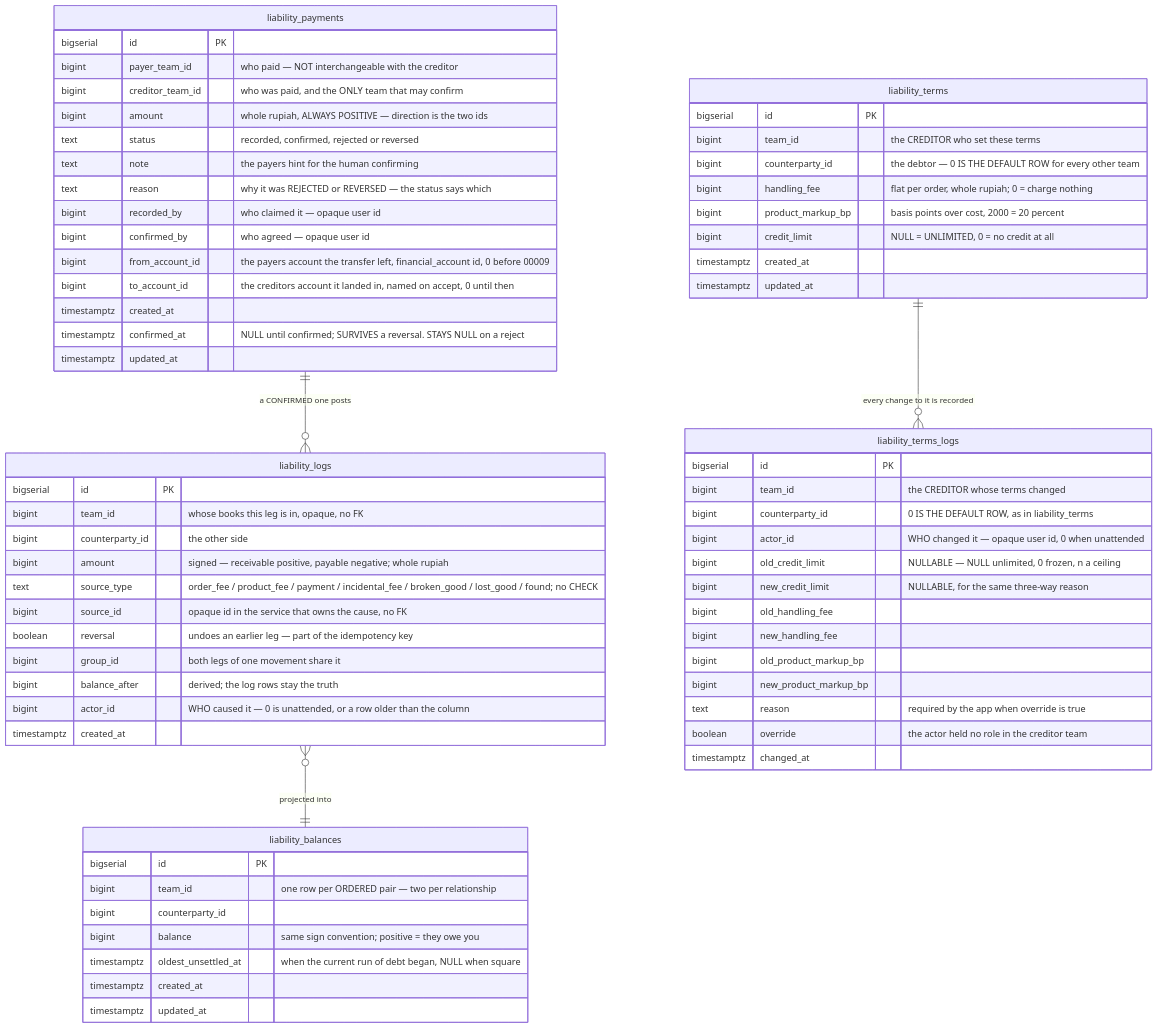
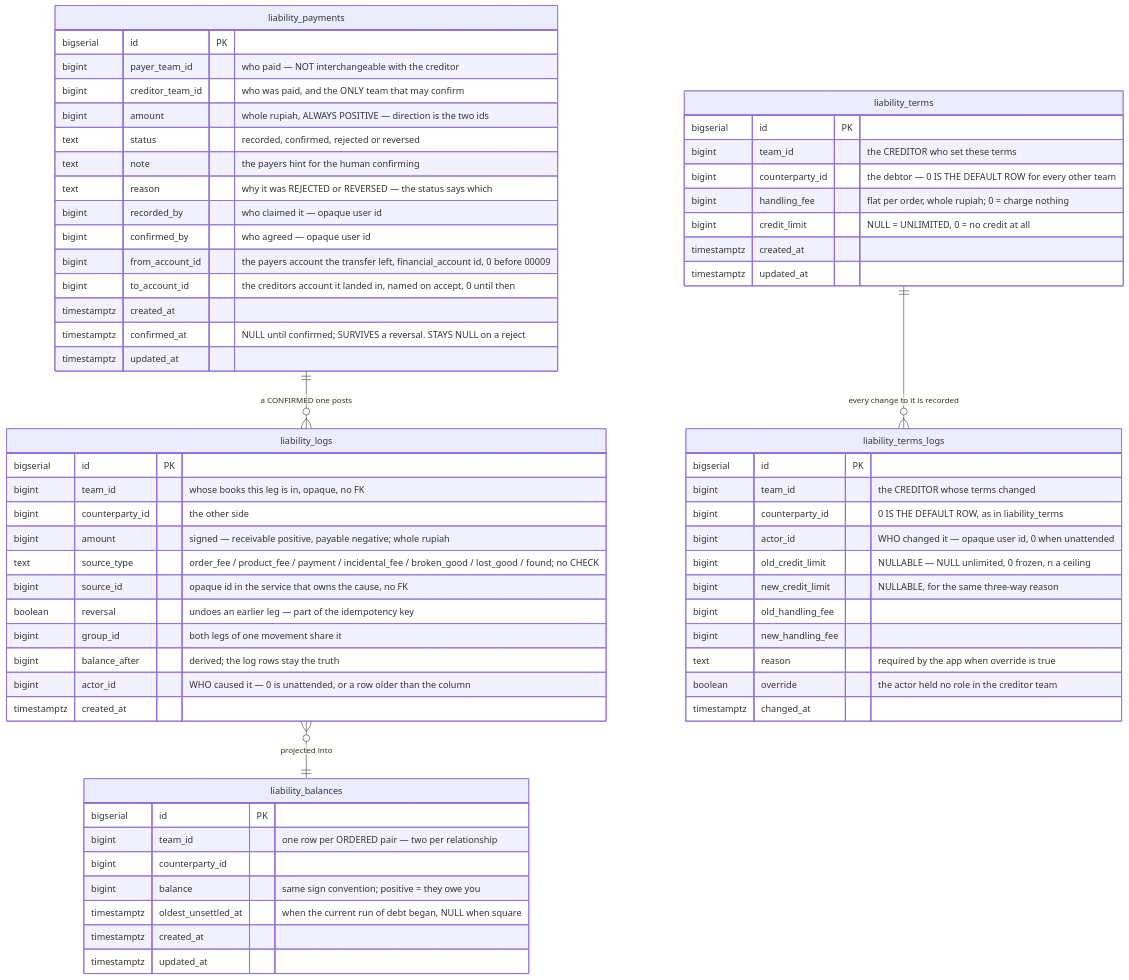
One commit to pdcgo/warehouse_revamp changed diagram 14 of 20 in docs/database-schema.md. Above: the diagram before and after it, drawn with Mermaid. The commit also changed other lines of this file and 346 other files, not shown here.

First line of the commit message:
feat(analytic): the graph and its Table/Graph tabs, metrics/suppliers on the contract — with the order, liability and shipment work in flight

````diff
--- a/docs/database-schema.md
+++ b/docs/database-schema.md
@@ -1234,73 +1343,70 @@
 ```mermaid
 erDiagram
     liability_logs }o--|| liability_balances : "projected into"
     liability_payments ||--o{ liability_logs : "a CONFIRMED one posts"
     liability_terms ||--o{ liability_terms_logs : "every change to it is recorded"
     liability_terms {
         bigserial   id                PK
         bigint      team_id           "the CREDITOR who set these terms"
         bigint      counterparty_id   "the debtor — 0 IS THE DEFAULT ROW for every other team"
         bigint      handling_fee      "flat per order, whole rupiah; 0 = charge nothing"
-        bigint      product_markup_bp "basis points over cost, 2000 = 20 percent"
         bigint      credit_limit      "NULL = UNLIMITED, 0 = no credit at all"
         timestamptz created_at
         timestamptz updated_at
     }
 
     liability_logs {
         bigserial   id              PK
         bigint      team_id         "whose books this leg is in, opaque, no FK"
         bigint      counterparty_id "the other side"
         bigint      amount          "signed — receivable positive, payable negative; whole rupiah"
         text        source_type     "order_fee / product_fee / payment / incidental_fee / broken_good / lost_good / found; no CHECK"
         bigint      source_id       "opaque id in the service that owns the cause, no FK"
         boolean     reversal        "undoes an earlier leg — part of the idempotency key"
         bigint      group_id        "both legs of one movement share it"
         bigint      balance_after   "derived; the log rows stay the truth"
         bigint      actor_id        "WHO caused it — 0 is unattended, or a row older than the column"
         timestamptz created_at
     }
 
     liability_balances {
         bigserial   id                  PK
         bigint      team_id             "one row per ORDERED pair — two per relationship"
         bigint      counterparty_id
         bigint      balance             "same sign convention; positive = they owe you"
         timestamptz oldest_unsettled_at "when the current run of debt began, NULL when square"
         timestamptz created_at
         timestamptz updated_at
     }
 
     liability_payments {
         bigserial   id               PK
         bigint      payer_team_id    "who paid — NOT interchangeable with the creditor"
         bigint      creditor_team_id "who was paid, and the ONLY team that may confirm"
         bigint      amount           "whole rupiah, ALWAYS POSITIVE — direction is the two ids"
         text        status           "recorded, confirmed, rejected or reversed"
         text        note             "the payers hint for the human confirming"
         text        reason           "why it was REJECTED or REVERSED — the status says which"
         bigint      recorded_by      "who claimed it — opaque user id"
         bigint      confirmed_by     "who agreed — opaque user id"
         bigint      from_account_id  "the payers account the transfer left, financial_account id, 0 before 00009"
         bigint      to_account_id    "the creditors account it landed in, named on accept, 0 until then"
         timestamptz created_at
         timestamptz confirmed_at     "NULL until confirmed; SURVIVES a reversal. STAYS NULL on a reject"
         timestamptz updated_at
     }
 
     liability_terms_logs {
         bigserial   id                    PK
         bigint      team_id               "the CREDITOR whose terms changed"
         bigint      counterparty_id       "0 IS THE DEFAULT ROW, as in liability_terms"
         bigint      actor_id              "WHO changed it — opaque user id, 0 when unattended"
         bigint      old_credit_limit      "NULLABLE — NULL unlimited, 0 frozen, n a ceiling"
         bigint      new_credit_limit      "NULLABLE, for the same three-way reason"
         bigint      old_handling_fee
         bigint      new_handling_fee
-        bigint      old_product_markup_bp
-        bigint      new_product_markup_bp
         text        reason                "required by the app when override is true"
         boolean     override              "the actor held no role in the creditor team"
         timestamptz changed_at
     }
 ```
````
